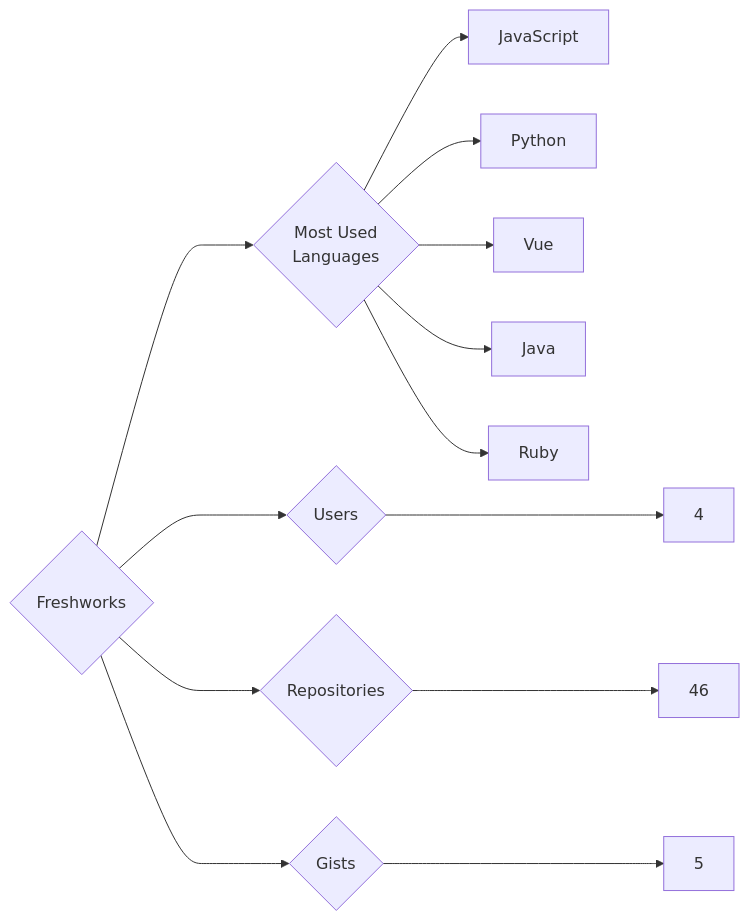
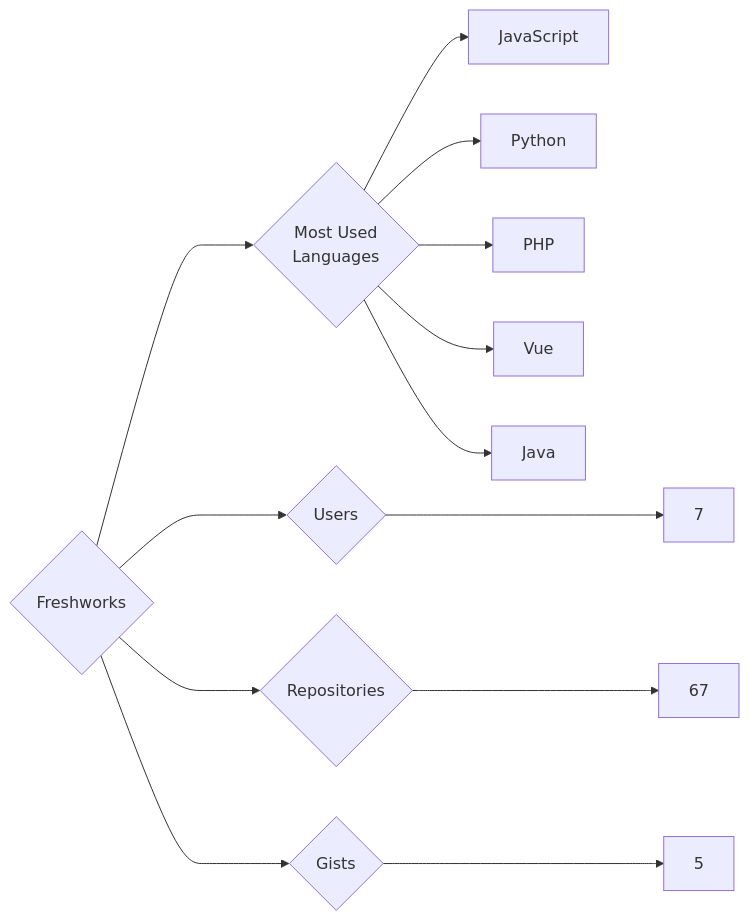
Before and after one commit to trickest/insiders: the diagram in targets/Freshworks/README.md, drawn with Mermaid. The commit also changed 933 other files, not shown here.

````diff
--- a/targets/Freshworks/README.md
+++ b/targets/Freshworks/README.md
@@ -3,13 +3,13 @@
 ```mermaid
 graph LR
 COMPANY_NAME{Freshworks}
-COMPANY_NAME ---> U{Users} ---> UN[4]
-COMPANY_NAME ---> R{Repositories} ---> RN[46]
+COMPANY_NAME ---> U{Users} ---> UN[7]
+COMPANY_NAME ---> R{Repositories} ---> RN[67]
 COMPANY_NAME ---> G{Gists} ---> GN[5]
 COMPANY_NAME ---> ML{Most Used<br>Languages}
 ML --> JavaScript[JavaScript]
 ML --> Python[Python]
+ML --> PHP[PHP]
 ML --> Vue[Vue]
 ML --> Java[Java]
-ML --> Ruby[Ruby]
 ```
````
